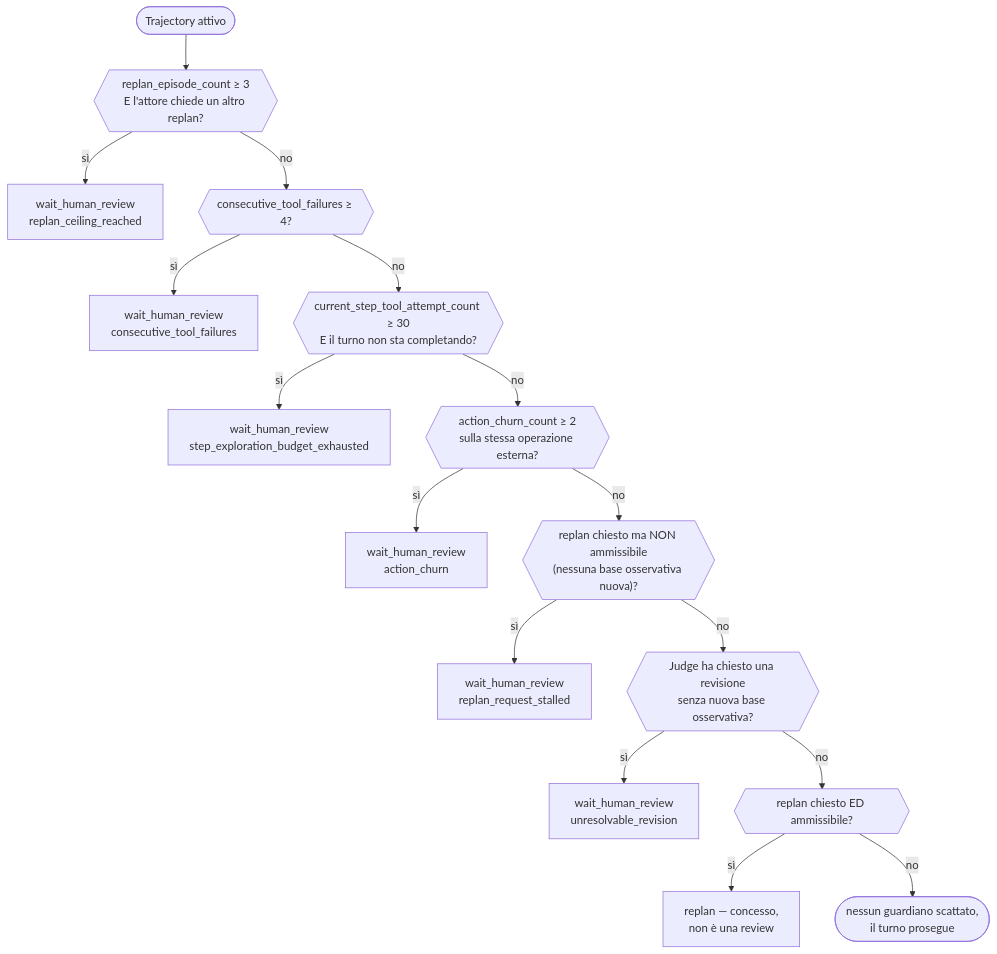
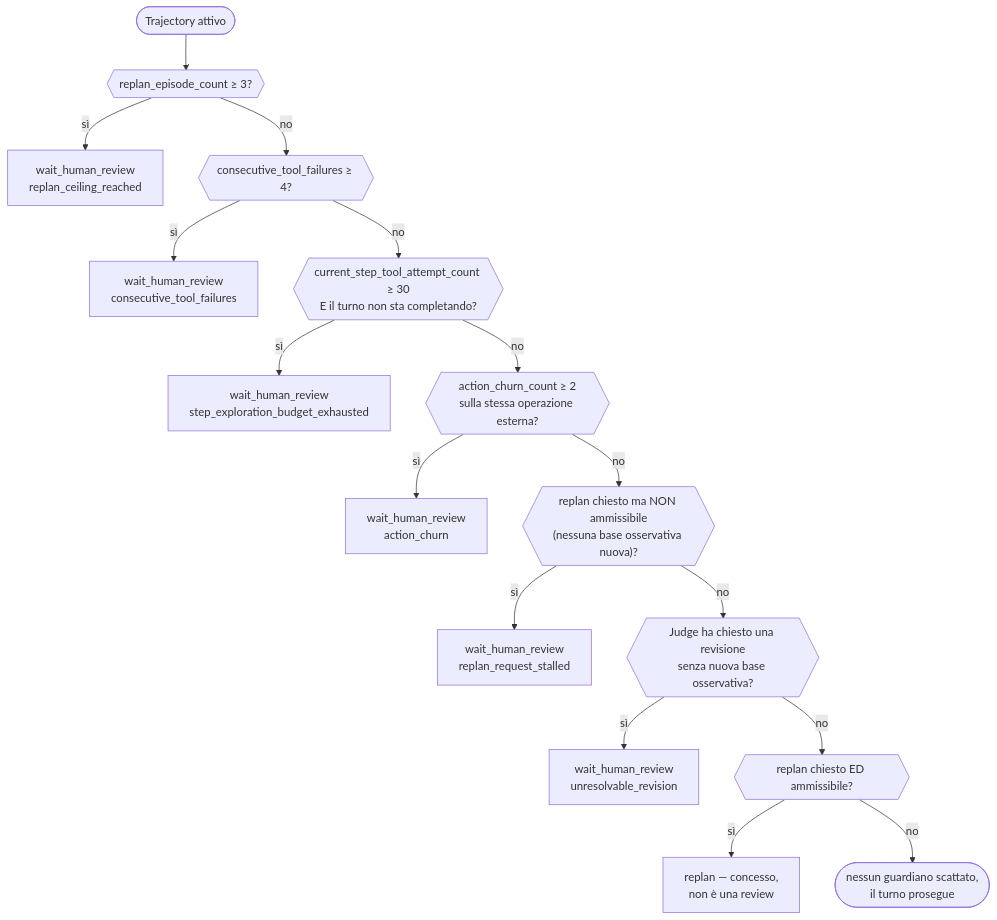
The fifth of 8 diagrams in docs/contracts_and_policy/pillars_riferimento_completo.md (francescogabrieli/agents_oversight_engine), drawn with Mermaid before and after one commit. The commit also changed other lines of this file and 13 other files, not shown here.

````diff
--- a/docs/contracts_and_policy/pillars_riferimento_completo.md
+++ b/docs/contracts_and_policy/pillars_riferimento_completo.md
@@ -306,18 +357,18 @@
 ```mermaid
 flowchart TD
-    T(["Trajectory attivo"]) --> G1{{"replan_episode_count ≥ 3<br/>E l'attore chiede un altro replan?"}}
+    T(["Trajectory attivo"]) --> G1{{"replan_episode_count ≥ 3?"}}
     G1 -->|sì| R1["wait_human_review<br/>replan_ceiling_reached"]
     G1 -->|no| G2{{"consecutive_tool_failures ≥ 4?"}}
     G2 -->|sì| R2["wait_human_review<br/>consecutive_tool_failures"]
     G2 -->|no| G3{{"current_step_tool_attempt_count ≥ 30<br/>E il turno non sta completando?"}}
     G3 -->|sì| R3["wait_human_review<br/>step_exploration_budget_exhausted"]
     G3 -->|no| G4{{"action_churn_count ≥ 2<br/>sulla stessa operazione esterna?"}}
     G4 -->|sì| R4["wait_human_review<br/>action_churn"]
     G4 -->|no| G5{{"replan chiesto ma NON ammissibile<br/>(nessuna base osservativa nuova)?"}}
     G5 -->|sì| R5["wait_human_review<br/>replan_request_stalled"]
     G5 -->|no| G6{{"Judge ha chiesto una revisione<br/>senza nuova base osservativa?"}}
     G6 -->|sì| R6["wait_human_review<br/>unresolvable_revision"]
     G6 -->|no| G7{{"replan chiesto ED ammissibile?"}}
     G7 -->|sì| OK["replan — concesso,<br/>non è una review"]
     G7 -->|no| PASS(["nessun guardiano scattato,<br/>il turno prosegue"])
 ```
````
